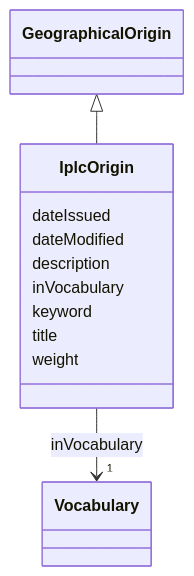
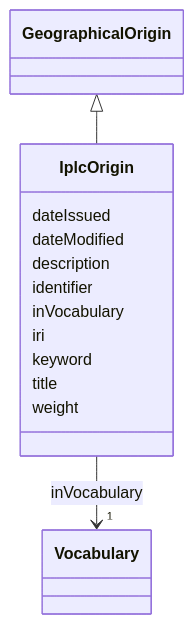
One commit to EVORA-project/evora-ontology changed the diagram in models/docs/IplcOrigin.md. Above: the diagram before and after it, drawn with Mermaid. The commit also changed other lines of this file and 391 other files, not shown here.

````diff
--- a/models/docs/IplcOrigin.md
+++ b/models/docs/IplcOrigin.md
@@ -19,30 +19,34 @@
 ```mermaid
  classDiagram
     class IplcOrigin
     click IplcOrigin href "../IplcOrigin"
       GeographicalOrigin <|-- IplcOrigin
         click GeographicalOrigin href "../GeographicalOrigin"
       
       IplcOrigin : dateIssued
         
       IplcOrigin : dateModified
         
       IplcOrigin : description
         
+      IplcOrigin : identifier
+        
       IplcOrigin : inVocabulary
         
           
     
     
     IplcOrigin --> "1" Vocabulary : inVocabulary
     click Vocabulary href "../Vocabulary"
 
         
+      IplcOrigin : iri
+        
       IplcOrigin : keyword
         
       IplcOrigin : title
         
       IplcOrigin : weight
         
       
 ```
````
